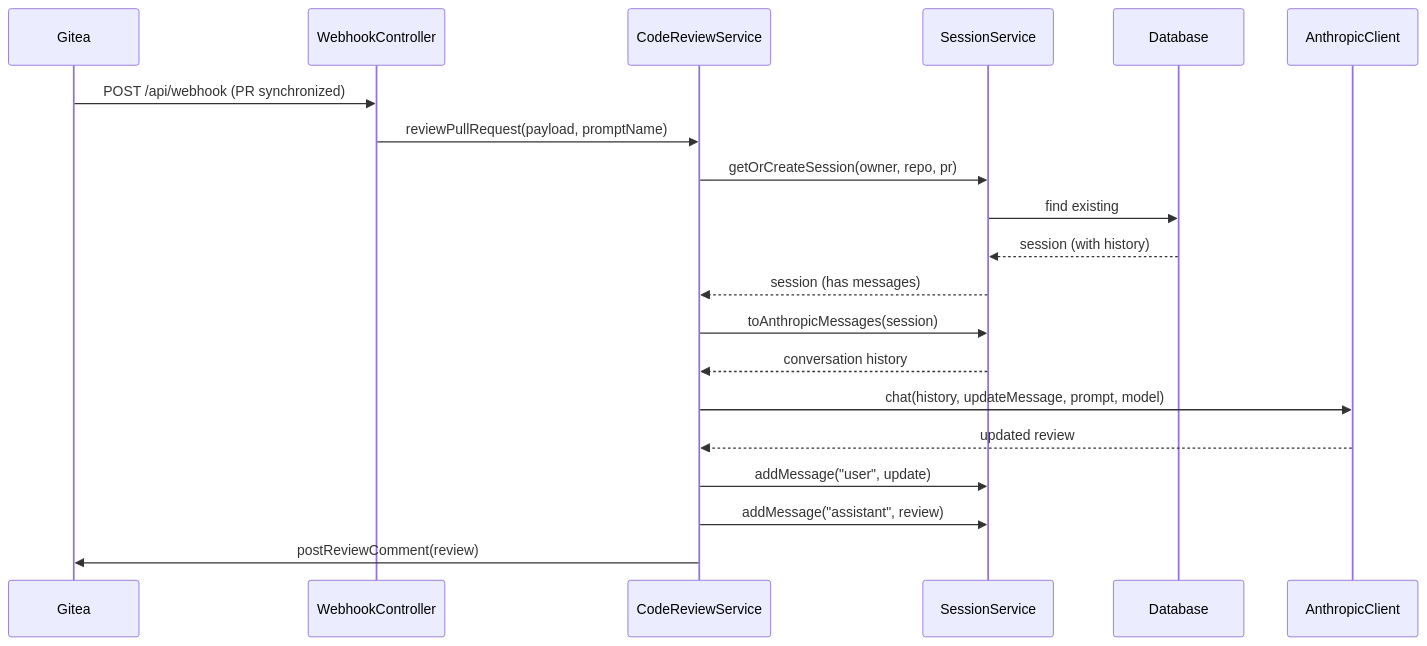
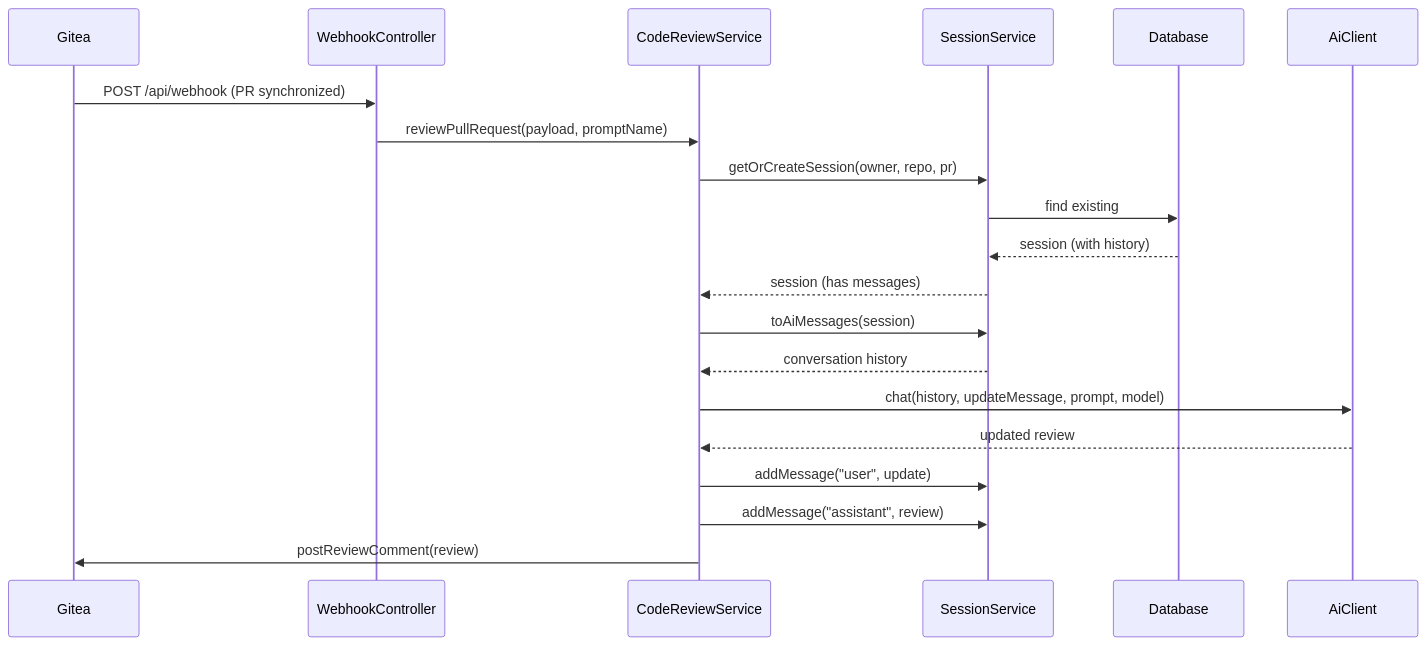
The fourth of 12 diagrams in doc/ARCHITECTURE.md (tmseidel/ai-gitea-bot), drawn with Mermaid before and after one commit. The commit also changed other lines of this file and 11 other files, not shown here.

````diff
--- a/doc/ARCHITECTURE.md
+++ b/doc/ARCHITECTURE.md
@@ -205,23 +267,23 @@
 ```mermaid
 sequenceDiagram
     participant Gitea
     participant Controller as WebhookController
     participant Review as CodeReviewService
     participant Session as SessionService
     participant DB as Database
-    participant Claude as AnthropicClient
+    participant AI as AiClient
 
     Gitea->>Controller: POST /api/webhook (PR synchronized)
     Controller->>Review: reviewPullRequest(payload, promptName)
     Review->>Session: getOrCreateSession(owner, repo, pr)
     Session->>DB: find existing
     DB-->>Session: session (with history)
     Session-->>Review: session (has messages)
-    Review->>Session: toAnthropicMessages(session)
+    Review->>Session: toAiMessages(session)
     Session-->>Review: conversation history
-    Review->>Claude: chat(history, updateMessage, prompt, model)
-    Claude-->>Review: updated review
+    Review->>AI: chat(history, updateMessage, prompt, model)
+    AI-->>Review: updated review
     Review->>Session: addMessage("user", update)
     Review->>Session: addMessage("assistant", review)
     Review->>Gitea: postReviewComment(review)
 ```
````
